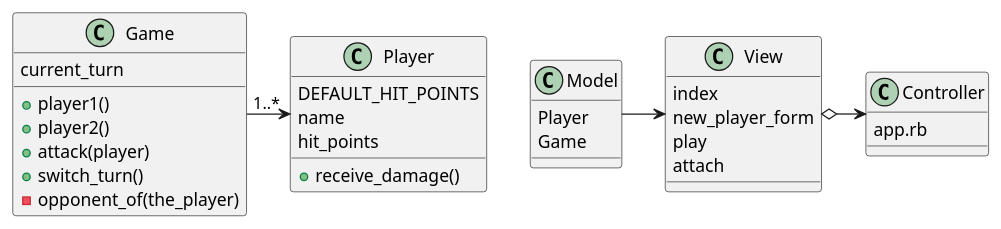
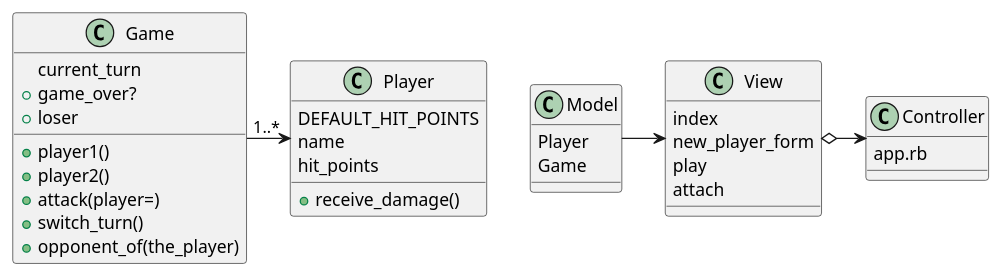
The diagram in battle.puml (meta-morpho-sys/new_battle2), drawn with PlantUML before and after one commit. The commit also changed 10 other files, not shown here.

```diff
--- a/battle.puml
+++ b/battle.puml
@@ -1,40 +1,42 @@
 @startuml
 
 class Game {
     current_turn
     +player1()
     +player2()
-    +attack(player)
+    +attack(player=)
     +switch_turn()
-    -opponent_of(the_player)
+    +opponent_of(the_player)
+    +game_over?
+    +loser
 }
 
 class Player {
     DEFAULT_HIT_POINTS
     name
     hit_points
     +receive_damage()
 }
 
 class Model {
     Player
     Game
 }
 
 class Controller {
     app.rb
 }
 
 class View {
     index
     new_player_form
     play
     attach
 }
 
 Game -> "1..*" Player
 
 Model ->View
 View o-> Controller
 
 @enduml
```
